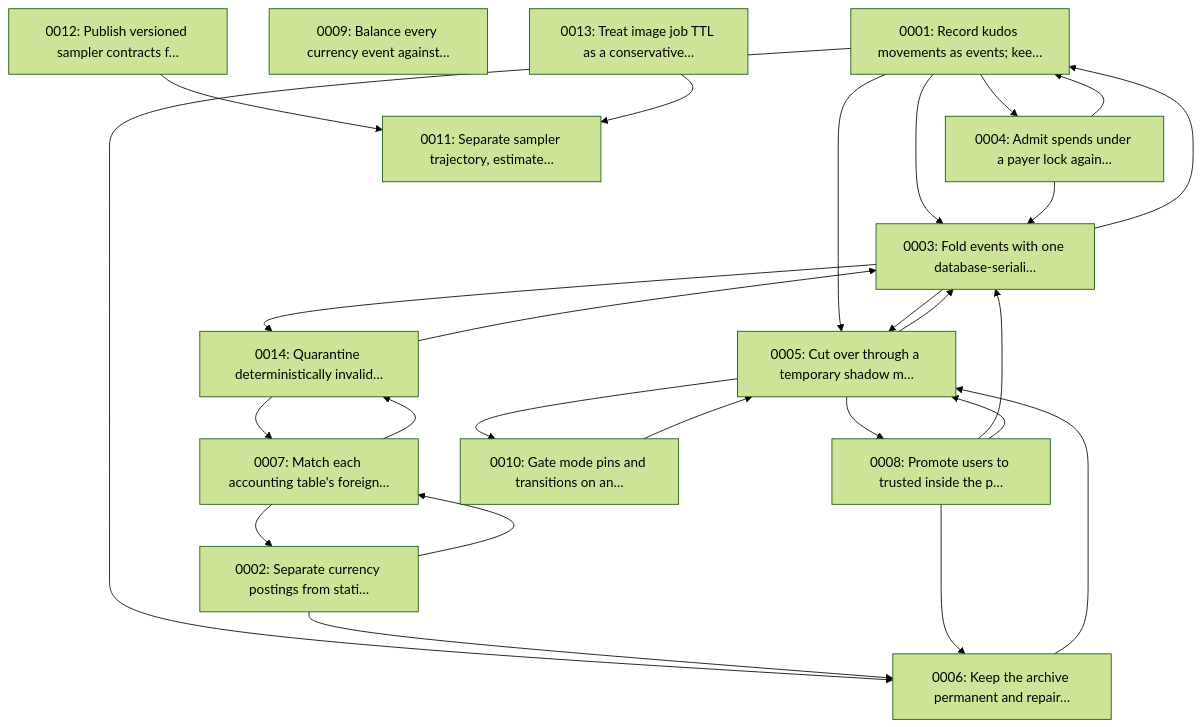
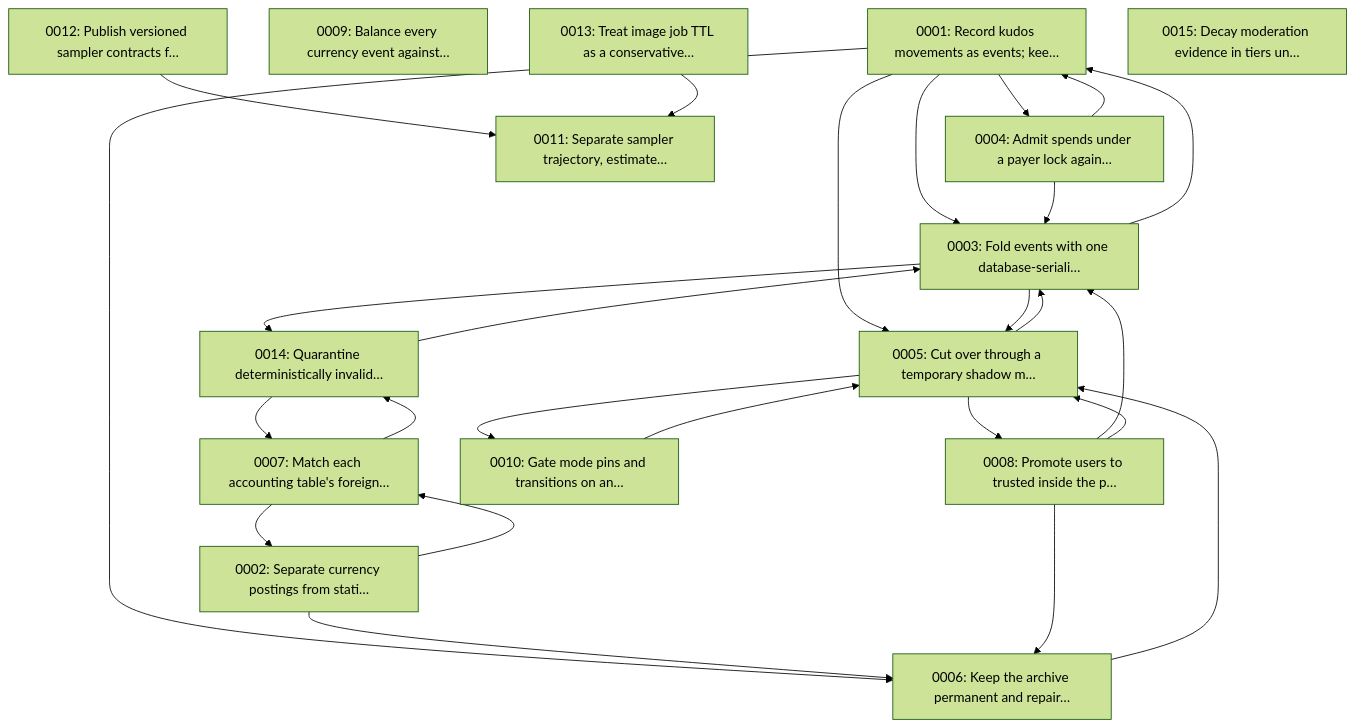
The diagram in docs/decisions/index.md (Haidra-Org/AI-Horde), drawn with Mermaid (forest theme) before and after one commit. The commit also changed other lines of this file and 6 other files, not shown here.

First line of the commit message:
docs: moderation evidence reference and ADR 0015

````diff
--- a/docs/decisions/index.md
+++ b/docs/decisions/index.md
@@ -34,42 +35,43 @@
 ```mermaid
 flowchart TD
     r0001["0001: Record kudos movements as events; kee…"]
     r0002["0002: Separate currency postings from stati…"]
     r0003["0003: Fold events with one database-seriali…"]
     r0004["0004: Admit spends under a payer lock again…"]
     r0005["0005: Cut over through a temporary shadow m…"]
     r0006["0006: Keep the archive permanent and repair…"]
     r0007["0007: Match each accounting table's foreign…"]
     r0008["0008: Promote users to trusted inside the p…"]
     r0009["0009: Balance every currency event against…"]
     r0010["0010: Gate mode pins and transitions on an…"]
     r0011["0011: Separate sampler trajectory, estimate…"]
     r0012["0012: Publish versioned sampler contracts f…"]
     r0013["0013: Treat image job TTL as a conservative…"]
     r0014["0014: Quarantine deterministically invalid…"]
+    r0015["0015: Decay moderation evidence in tiers un…"]
     r0001 --> r0003
     r0001 --> r0004
     r0001 --> r0005
     r0001 --> r0006
     r0002 --> r0006
     r0002 --> r0007
     r0003 --> r0001
     r0003 --> r0005
     r0003 --> r0014
     r0004 --> r0001
     r0004 --> r0003
     r0005 --> r0003
     r0005 --> r0008
     r0005 --> r0010
     r0006 --> r0005
     r0007 --> r0002
     r0007 --> r0014
     r0008 --> r0003
     r0008 --> r0005
     r0008 --> r0006
     r0010 --> r0005
     r0012 --> r0011
     r0013 --> r0011
     r0014 --> r0003
     r0014 --> r0007
 ```
````
